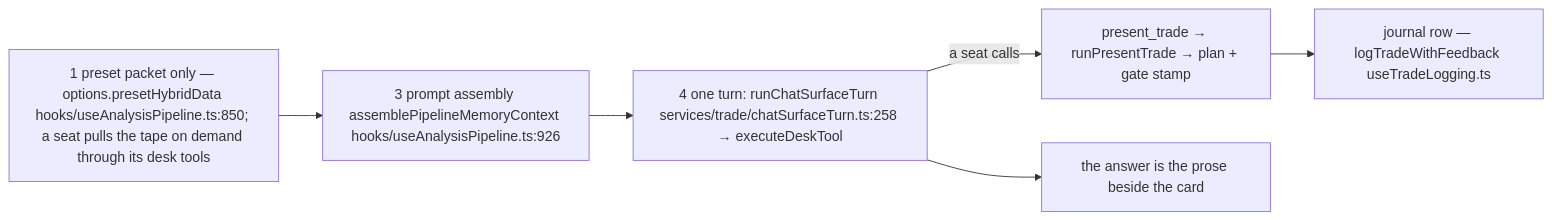
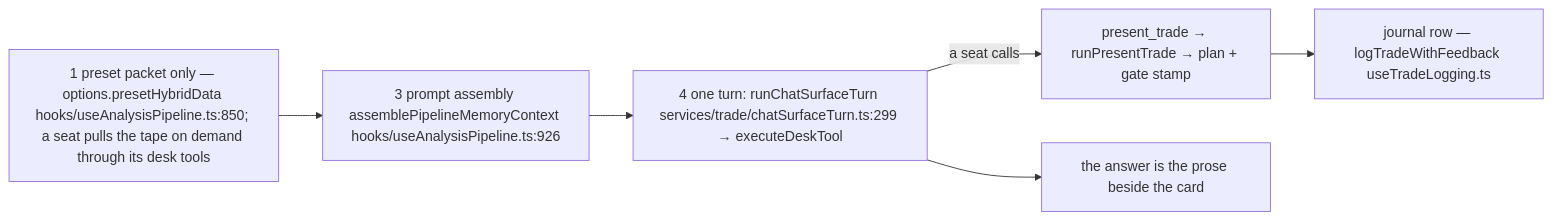
One commit to Acepay25/august-3.5 changed the third of 8 diagrams in docs/app-flow.md. Above: the diagram before and after it, drawn with Mermaid. The commit also changed other lines of this file and 2 other files, not shown here.

Commit message:
docs(flow): post-merge anchor restatement — 369 anchors, every citation re-located by grep

````diff
--- a/docs/app-flow.md
+++ b/docs/app-flow.md
@@ -260,8 +260,8 @@
 ```mermaid
 flowchart LR
     S1["1 preset packet only — options.presetHybridData hooks/useAnalysisPipeline.ts:850; a seat pulls the tape on demand through its desk tools"] --> S3["3 prompt assembly assemblePipelineMemoryContext hooks/useAnalysisPipeline.ts:926"]
-    S3 --> S4["4 one turn: runChatSurfaceTurn services/trade/chatSurfaceTurn.ts:258 → executeDeskTool"]
+    S3 --> S4["4 one turn: runChatSurfaceTurn services/trade/chatSurfaceTurn.ts:299 → executeDeskTool"]
     S4 -->|a seat calls| PT["present_trade → runPresentTrade → plan + gate stamp"]
     PT --> JR["journal row — logTradeWithFeedback useTradeLogging.ts"]
     S4 --> ANS["the answer is the prose beside the card"]
 ```
````
